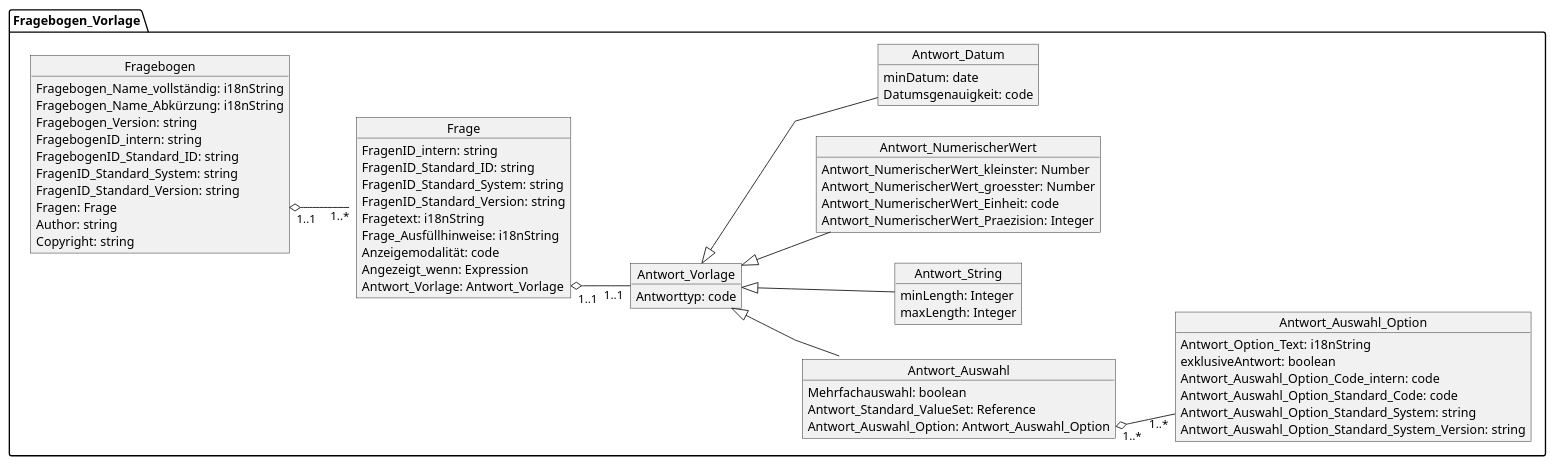
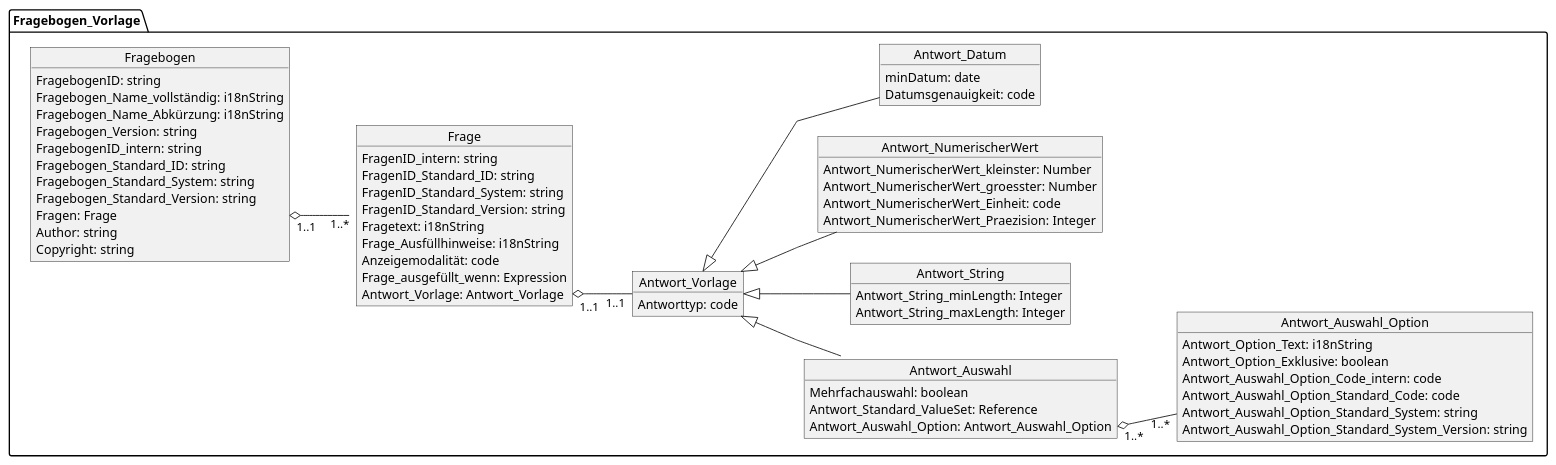
The diagram in input/Images/Logical_Model_UML_Questionnaire.pu (medizininformatik-initiative/kerndatensatzmodul-proms), drawn with PlantUML before and after one commit.

Commit message:
adapted wording in questionnaire

```diff
--- a/input/Images/Logical_Model_UML_Questionnaire.pu
+++ b/input/Images/Logical_Model_UML_Questionnaire.pu
@@ -1,92 +1,93 @@
 @startuml MII_PROMs_Fragebögen
 skinparam linetype ortho
 skinparam linetype polyline
 left to right direction
 
 
 
 package Fragebogen_Vorlage {
     object Fragebogen {
+        FragebogenID: string
         Fragebogen_Name_vollständig: i18nString
         Fragebogen_Name_Abkürzung: i18nString
         Fragebogen_Version: string
         FragebogenID_intern: string
-        FragebogenID_Standard_ID: string
-        FragenID_Standard_System: string
-        FragenID_Standard_Version: string
+        Fragebogen_Standard_ID: string
+        Fragebogen_Standard_System: string
+        Fragebogen_Standard_Version: string
         Fragen: Frage
         Author: string
 
         Copyright: string
 
 
     }
     object Frage{
 
         FragenID_intern: string
         FragenID_Standard_ID: string
         FragenID_Standard_System: string
         FragenID_Standard_Version: string
         Fragetext: i18nString
         Frage_Ausfüllhinweise: i18nString
         Anzeigemodalität: code
-        Angezeigt_wenn: Expression
+        Frage_ausgefüllt_wenn: Expression
         Antwort_Vorlage: Antwort_Vorlage
 
     }
 
 
 
     Fragebogen::Frage "1..1" o-down- "1..*" Frage
 
     object Antwort_Vorlage {
         Antworttyp: code
     }
     Frage::Antwort_Vorlage "1..1"  o-down- "1..1" Antwort_Vorlage
 
     object Antwort_Auswahl {
         Mehrfachauswahl: boolean
         Antwort_Standard_ValueSet: Reference
         Antwort_Auswahl_Option: Antwort_Auswahl_Option
     }
 
     object Antwort_String {
-        minLength: Integer
-        maxLength: Integer
+        Antwort_String_minLength: Integer
+        Antwort_String_maxLength: Integer
     }
     Antwort_Vorlage <|-down- Antwort_String
 
 
     object Antwort_NumerischerWert {
         Antwort_NumerischerWert_kleinster: Number
         Antwort_NumerischerWert_groesster: Number
         Antwort_NumerischerWert_Einheit: code
         Antwort_NumerischerWert_Praezision: Integer
 
     }
     Antwort_Vorlage <|-down- Antwort_NumerischerWert
 
 
     object Antwort_Datum {
         minDatum: date
         Datumsgenauigkeit: code
     }
     Antwort_Vorlage <|-down- Antwort_Datum
 
     object Antwort_Auswahl_Option {
         Antwort_Option_Text: i18nString
-        exklusiveAntwort: boolean
+        Antwort_Option_Exklusive: boolean
         Antwort_Auswahl_Option_Code_intern: code
         Antwort_Auswahl_Option_Standard_Code: code
         Antwort_Auswahl_Option_Standard_System: string
         Antwort_Auswahl_Option_Standard_System_Version: string
 
     }
 
     Antwort_Vorlage  <|-down-  Antwort_Auswahl
     Antwort_Auswahl::Antwort_Auswahl_Option "1..*" o-down- "1..*" Antwort_Auswahl_Option
 
 
 }
 
 @enduml
```
